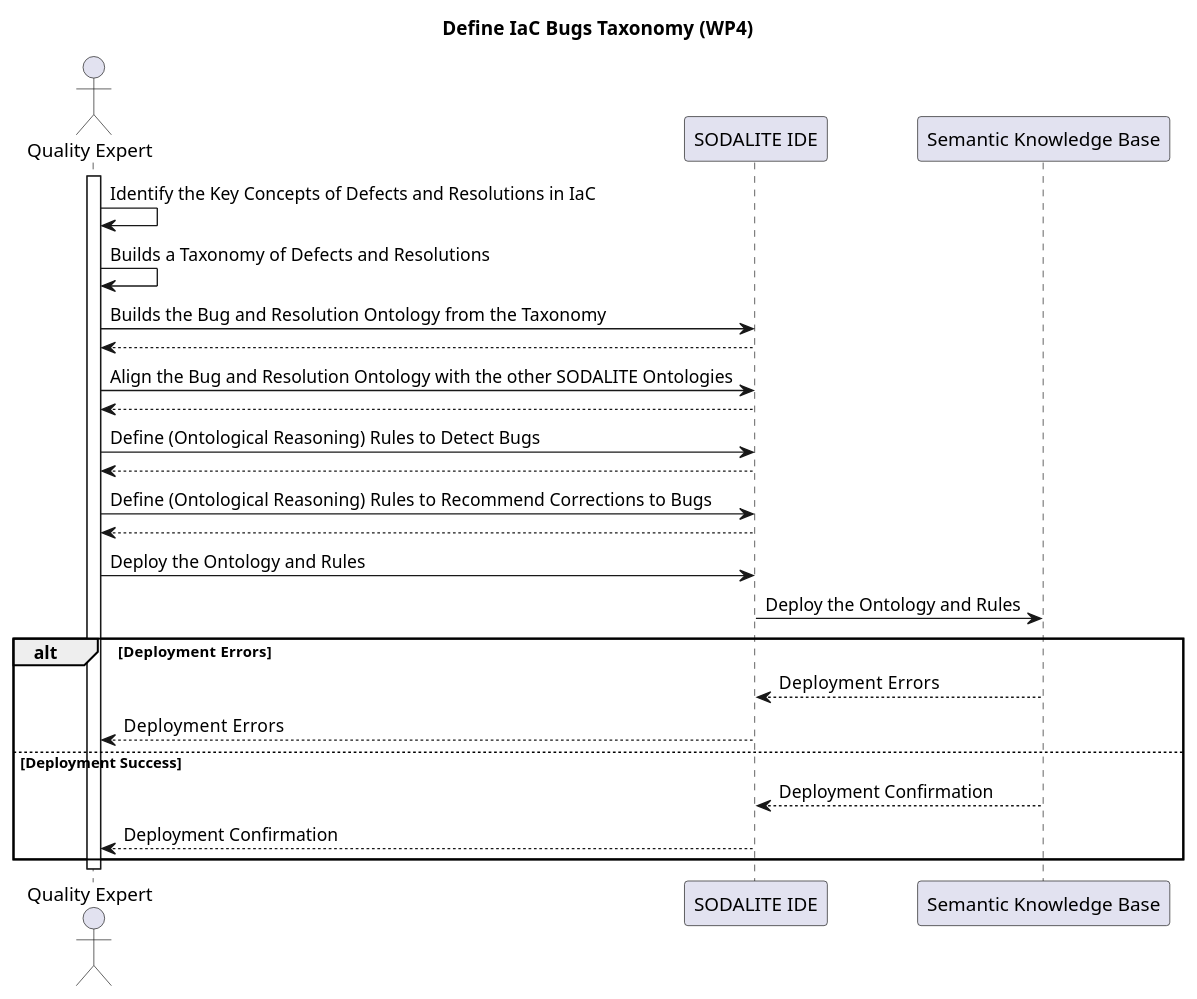
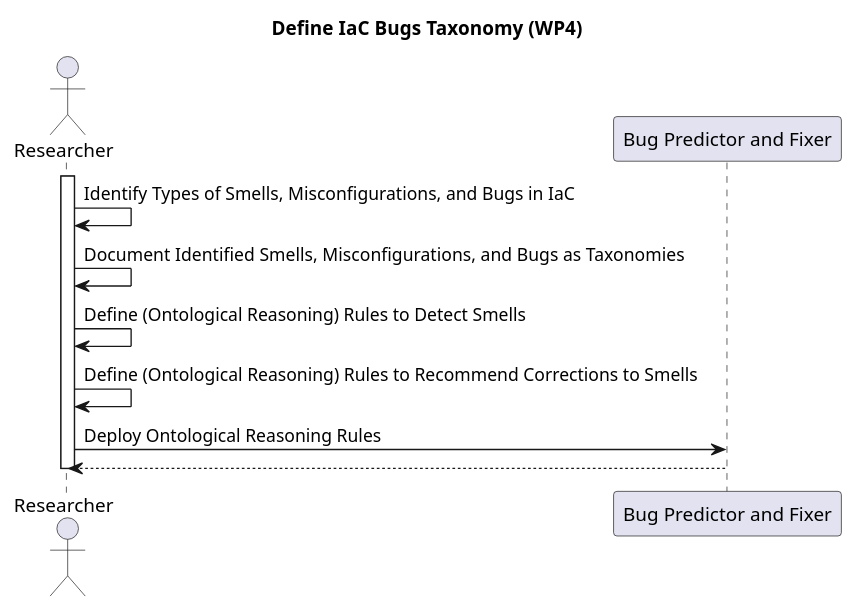
The diagram in uml/sequence-diagrams/UC-11-DefineIaCBugsTaxonomy-WP4.puml (SODALITE-EU/project-wide-documentation), drawn with PlantUML before and after one commit.

Commit message:
Update UC-11-DefineIaCBugsTaxonomy-WP4.puml
Fixed UC11

```diff
--- a/uml/sequence-diagrams/UC-11-DefineIaCBugsTaxonomy-WP4.puml
+++ b/uml/sequence-diagrams/UC-11-DefineIaCBugsTaxonomy-WP4.puml
@@ -1,31 +1,16 @@
 @startuml
 
 title Define IaC Bugs Taxonomy (WP4)
-actor "Quality Expert" as ops
-participant "SODALITE IDE" as sic
-participant "Semantic Knowledge Base" as skb
+actor "Researcher" as ops
+participant "Bug Predictor and Fixer" as skb
 
 activate ops
-ops->ops: Identify the Key Concepts of Defects and Resolutions in IaC
-ops->ops: Builds a Taxonomy of Defects and Resolutions
-ops->sic: Builds the Bug and Resolution Ontology from the Taxonomy
-sic --> ops:
-ops-> sic: Align the Bug and Resolution Ontology with the other SODALITE Ontologies
-sic --> ops:
-
-ops->sic: Define (Ontological Reasoning) Rules to Detect Bugs
-sic --> ops:
-ops->sic: Define (Ontological Reasoning) Rules to Recommend Corrections to Bugs
-sic --> ops:
-ops->sic: Deploy the Ontology and Rules
-sic-> skb: Deploy the Ontology and Rules
-alt Deployment  Errors
-    skb --> sic: Deployment  Errors
-    sic --> ops: Deployment  Errors
-else Deployment Success
-skb --> sic: Deployment Confirmation
-sic --> ops: Deployment Confirmation
-end
-deactivate sic
+ops->ops: Identify Types of Smells, Misconfigurations, and Bugs in IaC
+ops->ops: Document Identified Smells, Misconfigurations, and Bugs as Taxonomies 
+ops-> ops: Define (Ontological Reasoning) Rules to Detect Smells
+ops-> ops: Define (Ontological Reasoning) Rules to Recommend Corrections to Smells
+ops -> skb: Deploy Ontological Reasoning Rules 
+skb --> ops:
+deactivate skb
 deactivate ops
 @enduml
```
